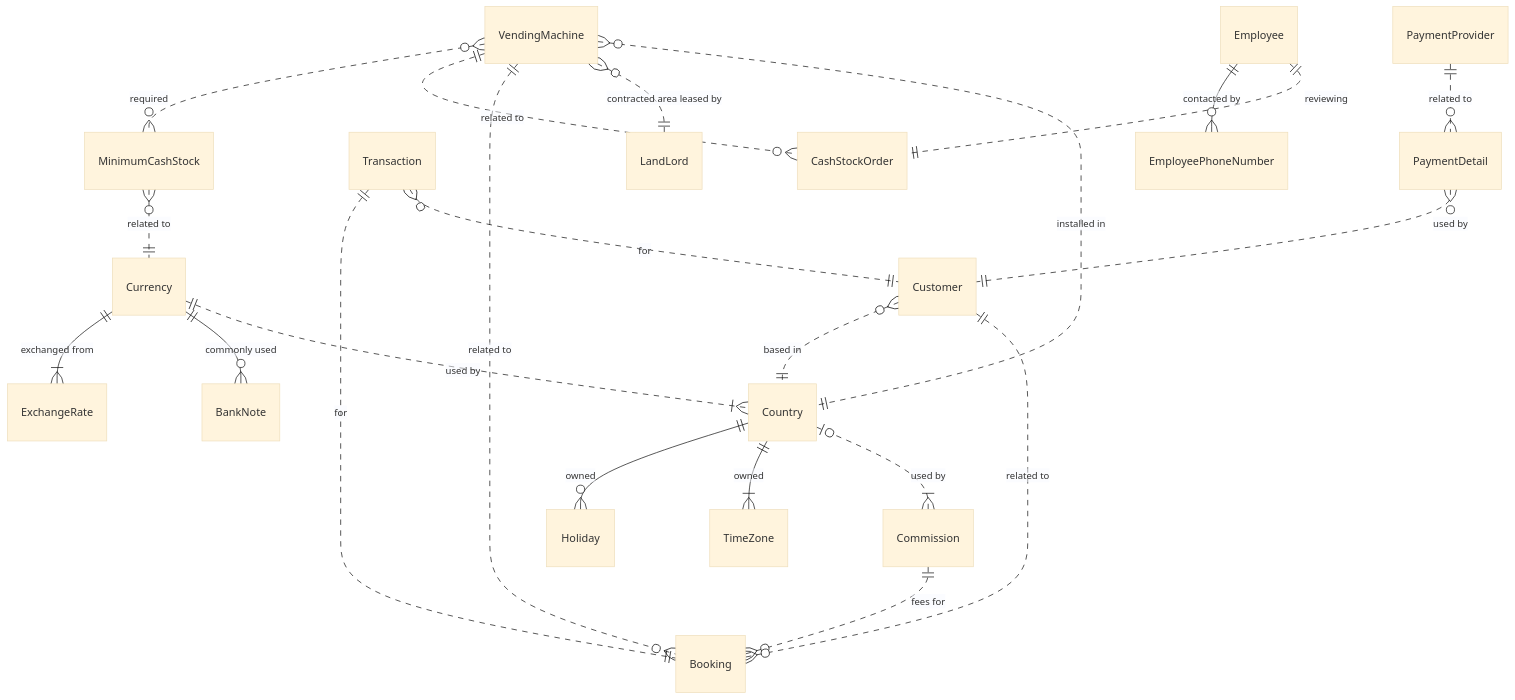
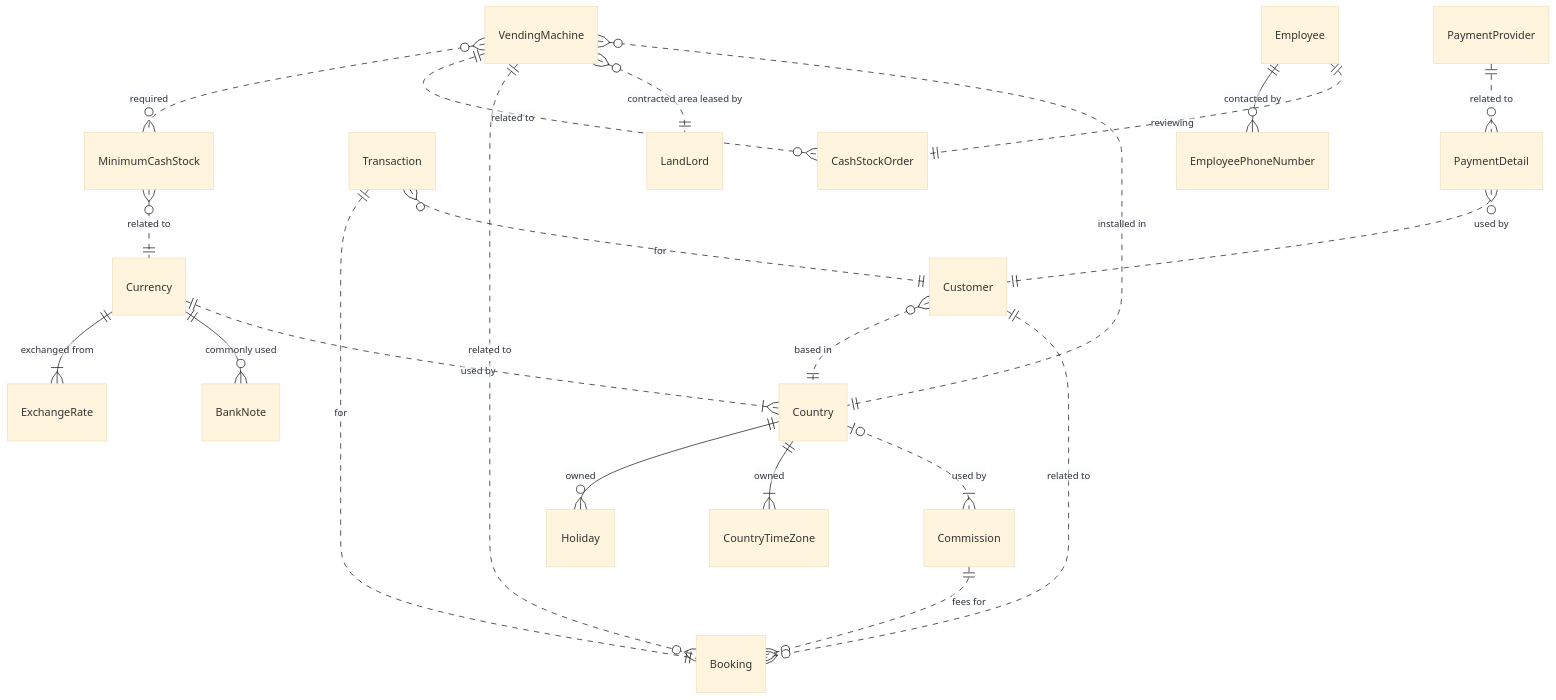
Before and after one commit to NoxOrg/Nox: the diagram in samples/README.md, drawn with Mermaid (base theme). The commit also changed other lines of this file and 218 other files, not shown here.

````diff
--- a/samples/README.md
+++ b/samples/README.md
@@ -12,61 +12,61 @@
 ``` mermaid
 erDiagram
     Booking {
     }
     Commission {
     }
     Commission||..o{Booking : "fees for"
     Country {
     }
     Country|o..|{Commission : "used by"
-    Country||--|{TimeZone : "owned"
+    Country||--|{CountryTimeZone : "owned"
     Country||--o{Holiday : "owned"
     Holiday {
     }
-    TimeZone {
+    CountryTimeZone {
     }
     Currency {
     }
     Currency||..|{Country : "used by"
     Currency||--o{BankNote : "commonly used"
     Currency||--|{ExchangeRate : "exchanged from"
     BankNote {
     }
     Customer {
     }
     Customer||..o{Booking : "related to"
     Customer}o..||Country : "based in"
     PaymentDetail {
     }
     PaymentDetail}o..||Customer : "used by"
     Transaction {
     }
     Transaction}o..||Customer : "for"
     Transaction||..||Booking : "for"
     Employee {
     }
     Employee||..||CashStockOrder : "reviewing"
     Employee||--o{EmployeePhoneNumber : "contacted by"
     EmployeePhoneNumber {
     }
     ExchangeRate {
     }
     LandLord {
     }
     MinimumCashStock {
     }
     MinimumCashStock}o..||Currency : "related to"
     PaymentProvider {
     }
     PaymentProvider||..o{PaymentDetail : "related to"
     VendingMachine {
     }
     VendingMachine}o..||Country : "installed in"
     VendingMachine}o..||LandLord : "contracted area leased by"
     VendingMachine||..o{Booking : "related to"
     VendingMachine||..o{CashStockOrder : "related to"
     VendingMachine}o..o{MinimumCashStock : "required"
     CashStockOrder {
     }
 
 ```
````
